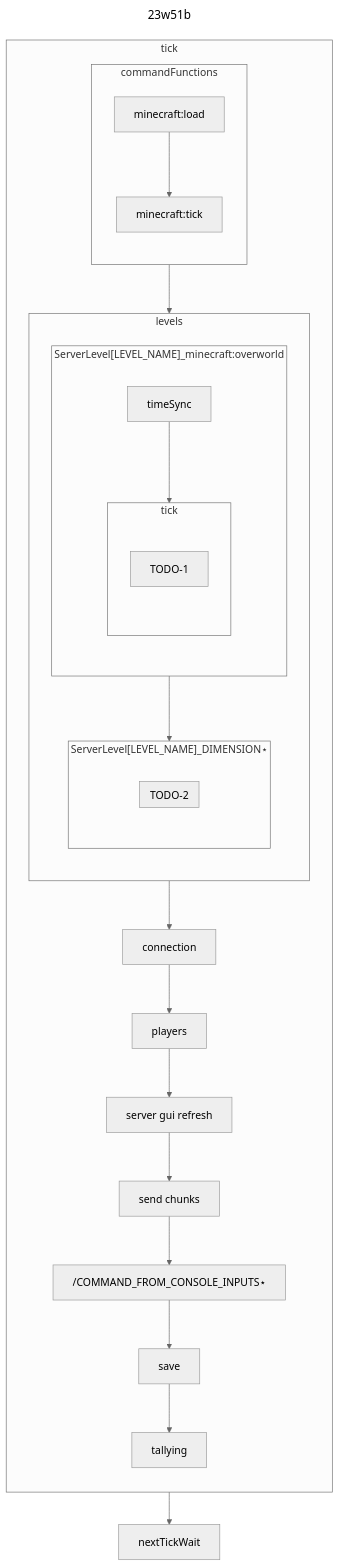
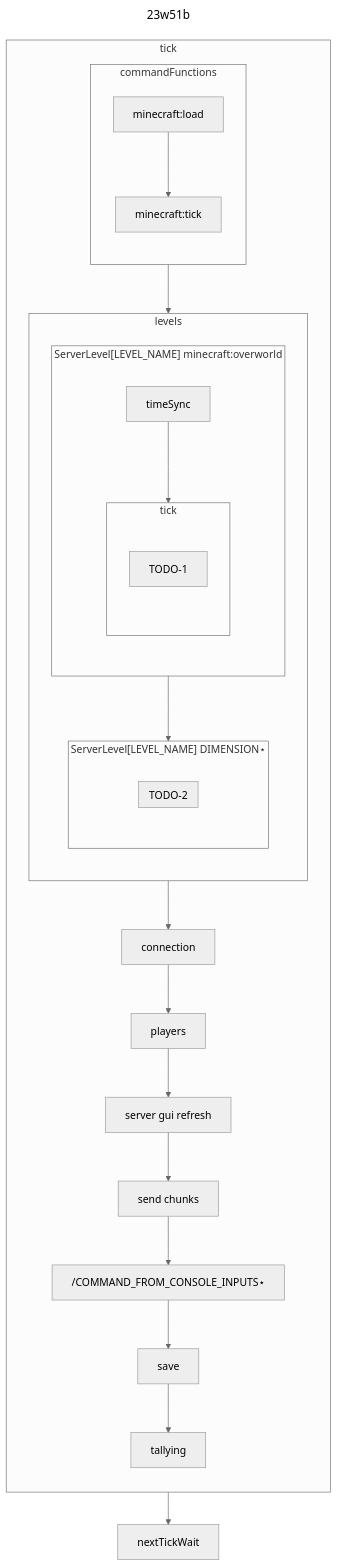
One commit to intsuc/tick-order changed the diagram in README.md. Above: the diagram before and after it, drawn with Mermaid (neutral theme).

Commit message:
Use space

````diff
--- a/README.md
+++ b/README.md
@@ -3,51 +3,51 @@
 ```mermaid
 ---
 title: 23w51b
 ---
 flowchart TB
     subgraph tick
         direction TB
         subgraph tick.commandFunctions[commandFunctions]
             direction TB
             tick.commandFunctions.minecraft:load[minecraft:load]
             tick.commandFunctions.minecraft:tick[minecraft:tick]
             tick.commandFunctions.minecraft:load --> tick.commandFunctions.minecraft:tick
         end
         subgraph tick.levels[levels]
             direction TB
-            subgraph tick.levels.overworld["ServerLevel[LEVEL_NAME]_minecraft:overworld"]
+            subgraph tick.levels.overworld["ServerLevel[LEVEL_NAME] minecraft:overworld"]
                 direction TB
                 tick.levels.overworld.timeSync[timeSync]
                 subgraph tick.levels.overworld.tick[tick]
                     direction TB
                     TODO-1
                 end
                 tick.levels.overworld.timeSync --> tick.levels.overworld.tick
             end
-            subgraph tick.levels.otherDimension["ServerLevel[LEVEL_NAME]_DIMENSION⋆"]
+            subgraph tick.levels.otherDimension["ServerLevel[LEVEL_NAME] DIMENSION⋆"]
                 direction TB
                 subgraph TODO-2
                     direction TB
                 end
             end
             tick.levels.overworld --> tick.levels.otherDimension
         end
         tick.connection[connection]
         tick.players[players]
         tick.server_gui_refresh[server gui refresh]
         tick.send_chunks[send chunks]
         tick.command_from_console_inputs["/COMMAND_FROM_CONSOLE_INPUTS⋆"]
         tick.save[save]
         tick.tallying[tallying]
         tick.commandFunctions --> tick.levels
         tick.levels --> tick.connection
         tick.connection --> tick.players
         tick.players --> tick.server_gui_refresh
         tick.server_gui_refresh --> tick.send_chunks
         tick.send_chunks --> tick.command_from_console_inputs
         tick.command_from_console_inputs --> tick.save
         tick.save --> tick.tallying
     end
     nextTickWait
     tick --> nextTickWait
 ```
````
